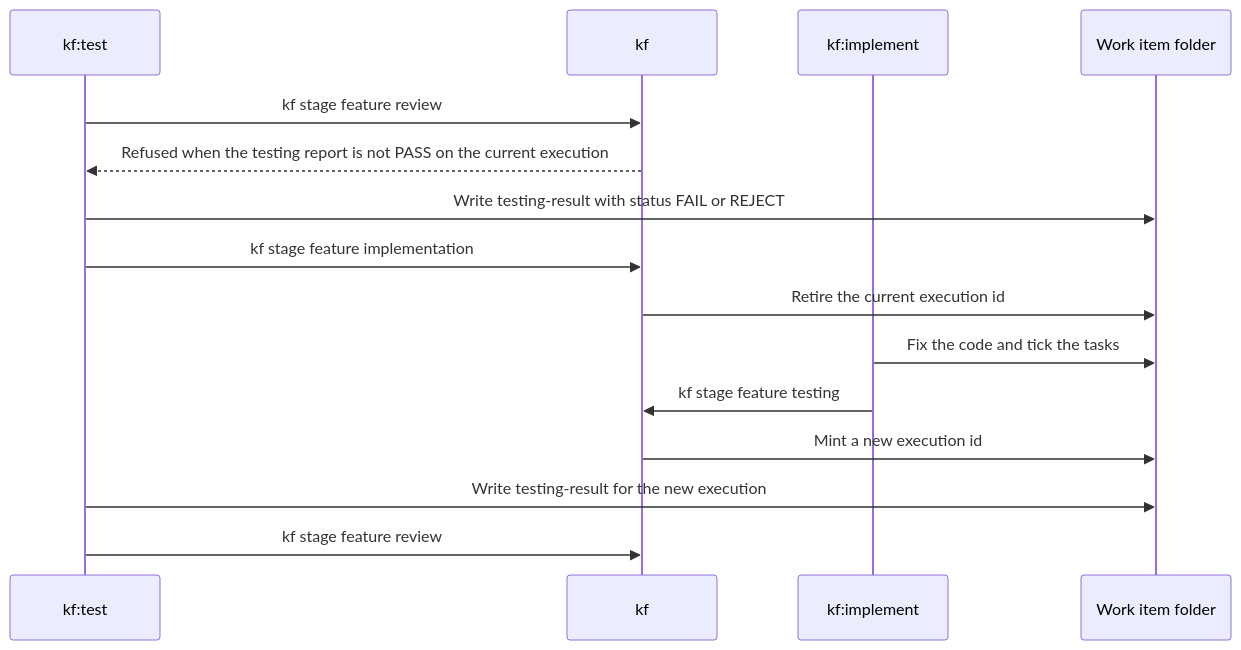
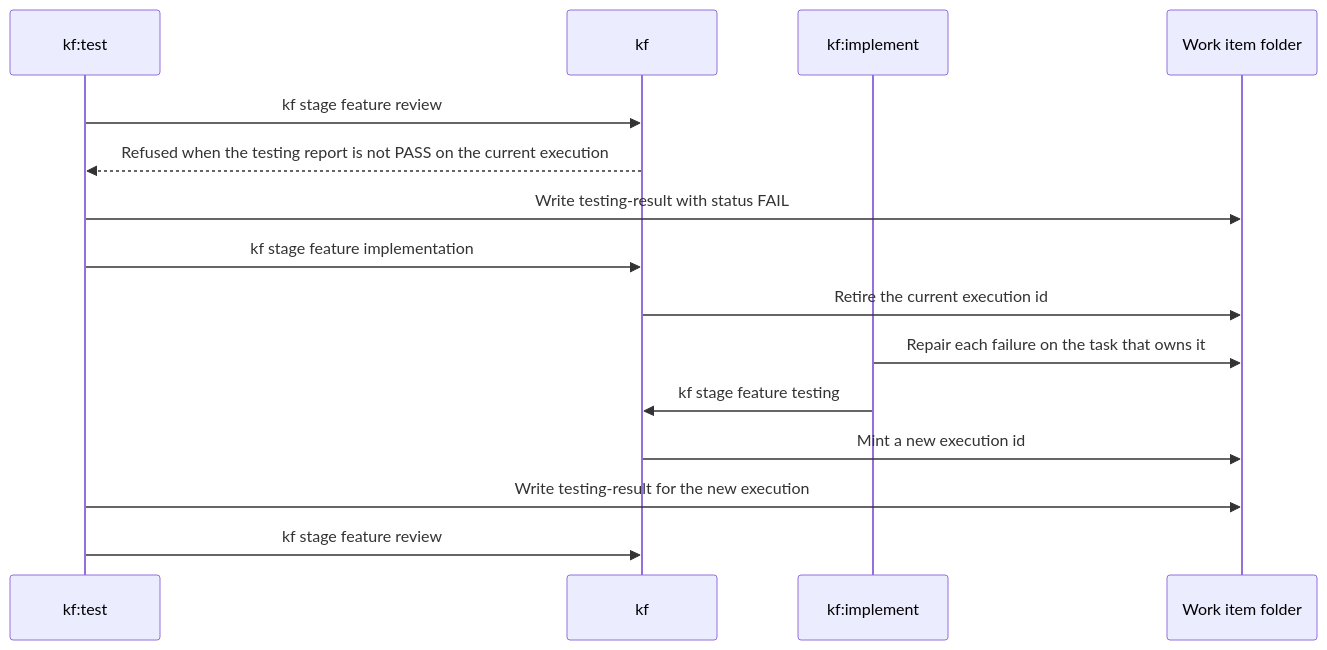
The third of 3 diagrams in docs/workflow/lifecycle.md (phuthuycoding/kanban-flow), drawn with Mermaid before and after one commit. The commit also changed other lines of this file and 33 other files, not shown here.

First line of the commit message:
feat(skills): testing reads the stage record, one fix rule, REJECT folds into FAIL (#166) (#175)

````diff
--- a/docs/workflow/lifecycle.md
+++ b/docs/workflow/lifecycle.md
@@ -111,18 +111,18 @@
 ```mermaid
 sequenceDiagram
     participant Test as kf:test
     participant CLI as kf
     participant Impl as kf:implement
     participant FS as Work item folder
 
     Test->>CLI: kf stage feature review
     CLI-->>Test: Refused when the testing report is not PASS on the current execution
-    Test->>FS: Write testing-result with status FAIL or REJECT
+    Test->>FS: Write testing-result with status FAIL
     Test->>CLI: kf stage feature implementation
     CLI->>FS: Retire the current execution id
-    Impl->>FS: Fix the code and tick the tasks
+    Impl->>FS: Repair each failure on the task that owns it
     Impl->>CLI: kf stage feature testing
     CLI->>FS: Mint a new execution id
     Test->>FS: Write testing-result for the new execution
     Test->>CLI: kf stage feature review
 ```
````
